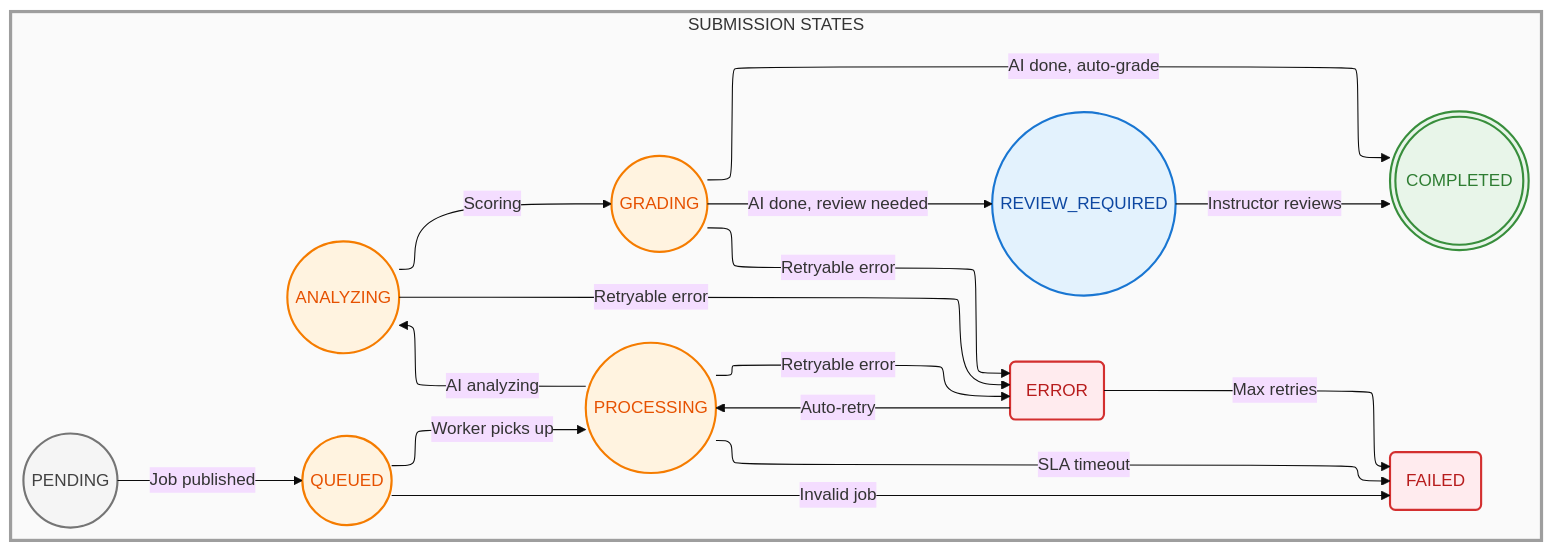
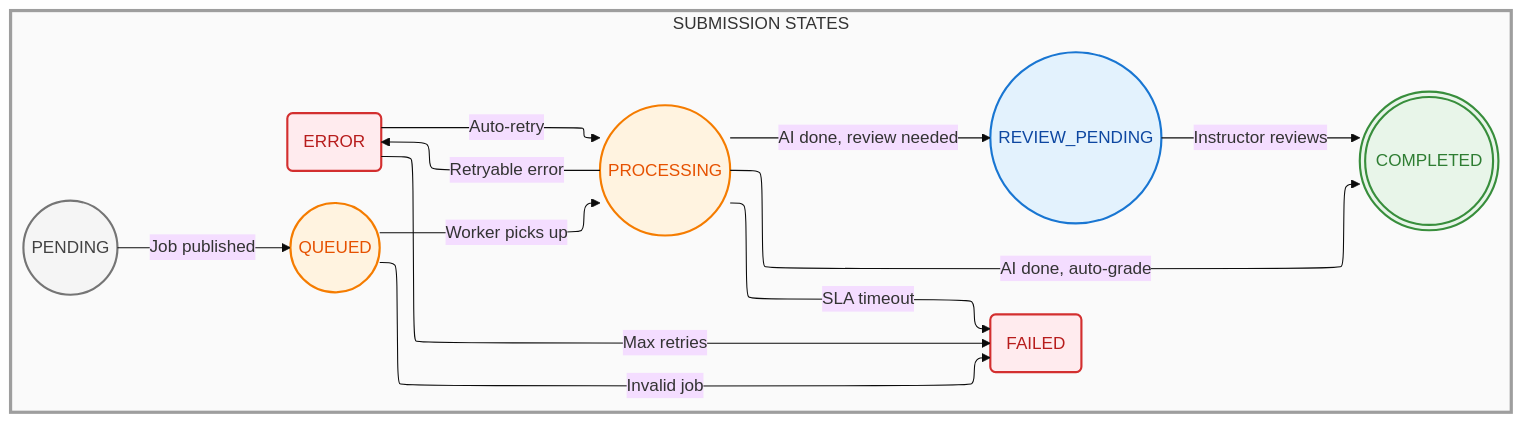
One commit to nghyane/VSTEP changed the fifth of 12 diagrams in docs/capstone/diagrams/flow-diagrams.vi.md. Above: the diagram before and after it, drawn with Mermaid (base theme). The commit also changed other lines of this file and 12 other files, not shown here.

````diff
--- a/docs/capstone/diagrams/flow-diagrams.vi.md
+++ b/docs/capstone/diagrams/flow-diagrams.vi.md
@@ -266,55 +266,49 @@
 ```mermaid
 ---
 config:
   layout: elk
 ---
 flowchart TB
     subgraph States["SUBMISSION STATES"]
         direction LR
         PENDING@{ shape: circle, label: "PENDING" }
         QUEUED@{ shape: circle, label: "QUEUED" }
         PROCESSING@{ shape: circle, label: "PROCESSING" }
-        ANALYZING@{ shape: circle, label: "ANALYZING" }
-        GRADING@{ shape: circle, label: "GRADING" }
         COMPLETED@{ shape: dbl-circ, label: "COMPLETED" }
         ERROR@{ shape: rounded, label: "ERROR" }
         FAILED@{ shape: rounded, label: "FAILED" }
-        REVIEW@{ shape: circle, label: "REVIEW_REQUIRED" }
+        REVIEW@{ shape: circle, label: "REVIEW_PENDING" }
     end
 
     PENDING -->|"Job published"| QUEUED
     QUEUED -->|"Worker picks up"| PROCESSING
-    PROCESSING -->|"AI analyzing"| ANALYZING
-    ANALYZING -->|"Scoring"| GRADING
-    GRADING -->|"AI done, auto-grade"| COMPLETED
-    GRADING -->|"AI done, review needed"| REVIEW
+    PROCESSING -->|"AI done, auto-grade"| COMPLETED
+    PROCESSING -->|"AI done, review needed"| REVIEW
     REVIEW -->|"Instructor reviews"| COMPLETED
-    
+
     PROCESSING -->|"Retryable error"| ERROR
-    ANALYZING -->|"Retryable error"| ERROR
-    GRADING -->|"Retryable error"| ERROR
     
     ERROR -->|"Auto-retry"| PROCESSING
     ERROR -->|"Max retries"| FAILED
     
     QUEUED -->|"Invalid job"| FAILED
     PROCESSING -->|"SLA timeout"| FAILED
 
     %% Nodes - soft pastel fill with dark text
     classDef pending fill:#f5f5f5,stroke:#757575,stroke-width:2px,color:#424242
     classDef active fill:#fff3e0,stroke:#f57c00,stroke-width:2px,color:#e65100
     classDef success fill:#e8f5e9,stroke:#388e3c,stroke-width:2px,color:#2e7d32
     classDef error fill:#ffebee,stroke:#d32f2f,stroke-width:2px,color:#b71c1c
     classDef review fill:#e3f2fd,stroke:#1976d2,stroke-width:2px,color:#0d47a1
 
     %% Box - light tint
     classDef statesBox fill:#fafafa,stroke:#9e9e9e,stroke-width:3px,color:#333
 
     class States statesBox
 
     class PENDING pending
-    class QUEUED,PROCESSING,ANALYZING,GRADING active
+    class QUEUED,PROCESSING active
     class COMPLETED success
     class ERROR,FAILED error
     class REVIEW review
 ```
````
